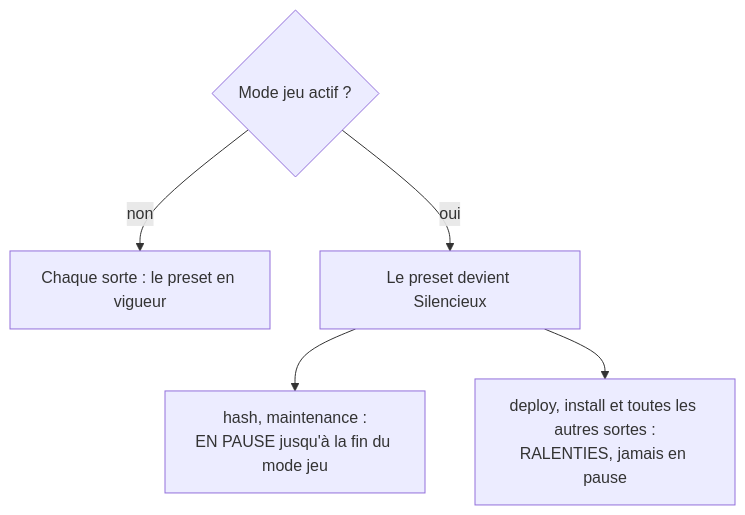
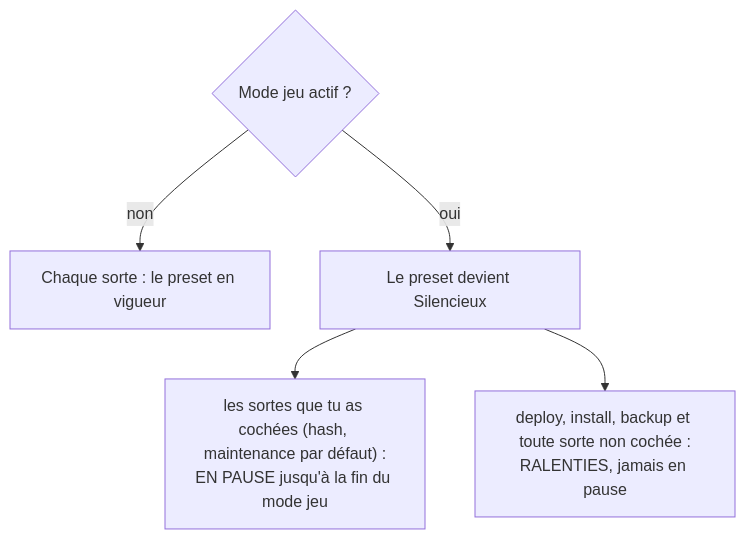
Before and after one commit to FreeProject089/BetterModsManager: the fifth of 7 diagrams in frontend/assets/docs/fr/how-it-works/resources.md, drawn with Mermaid. The commit also changed other lines of this file and 192 other files, not shown here.

````diff
--- a/frontend/assets/docs/fr/how-it-works/resources.md
+++ b/frontend/assets/docs/fr/how-it-works/resources.md
@@ -262,7 +263,7 @@
 ```mermaid
 flowchart TB
     GM{"Mode jeu actif ?"} -- non --> N["Chaque sorte : le preset en vigueur"]
     GM -- oui --> Q["Le preset devient Silencieux"]
-    Q --> BG["hash, maintenance :<br/>EN PAUSE jusqu'à la fin du mode jeu"]
-    Q --> FG["deploy, install et toutes les autres sortes :<br/>RALENTIES, jamais en pause"]
+    Q --> BG["les sortes que tu as cochées (hash, maintenance par défaut) :<br/>EN PAUSE jusqu'à la fin du mode jeu"]
+    Q --> FG["deploy, install, backup et toute sorte non cochée :<br/>RALENTIES, jamais en pause"]
 ```
````
